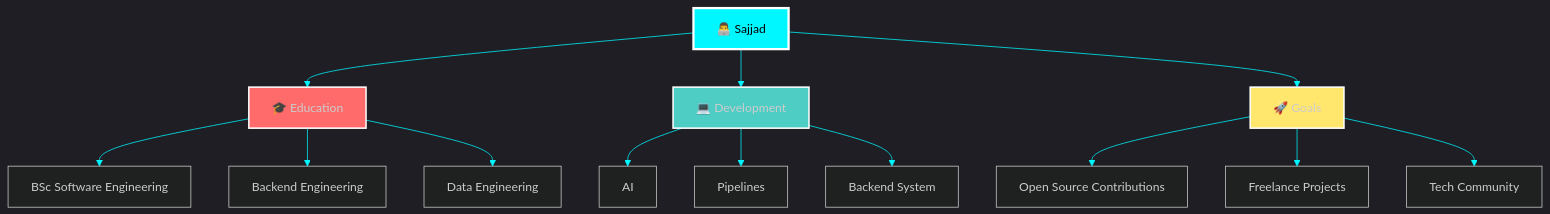
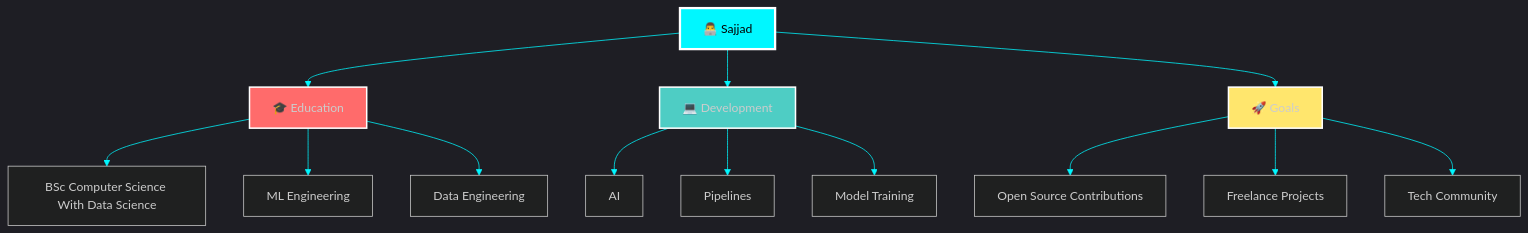
One commit to MHD-SJD/MHD-SJD changed the diagram in README.md. Above: the diagram before and after it, drawn with Mermaid. The commit also changed other lines of this file, not shown here.

Commit message:
Modify engineering roles and education information
Updated engineering areas and education details in README.

````diff
--- a/README.md
+++ b/README.md
@@ -37,25 +37,25 @@
 ```mermaid
 %%{init: {'theme':'dark', 'themeVariables': { 'primaryColor':'#00f7ff','primaryTextColor':'#fff','primaryBorderColor':'#00f7ff','lineColor':'#00f7ff','secondaryColor':'#006064','tertiaryColor':'#0D1117'}}}%%
 graph TB
     A[👨‍💻 Sajjad] --> B[🎓 Education]
     A --> C[💻 Development]
     A --> D[🚀 Goals]
     
-    B --> B1[BSc Software Engineering]
-    B --> B2[Backend Engineering]
+    B --> B1[BSc Computer Science With Data Science]
+    B --> B2[ML Engineering]
     B --> B3[Data Engineering]
     
     
     C --> C1[AI]
     C --> C2[Pipelines]
-    C --> C3[Backend System]
+    C --> C3[Model Training]
     
     D --> D1[Open Source Contributions]
     D --> D2[Freelance Projects]
     D --> D3[Tech Community]
     
     style A fill:#00f7ff,stroke:#fff,stroke-width:3px,color:#000
     style B fill:#ff6b6b,stroke:#fff,stroke-width:2px
     style C fill:#4ecdc4,stroke:#fff,stroke-width:2px
     style D fill:#ffe66d,stroke:#fff,stroke-width:2px
 ```
````
